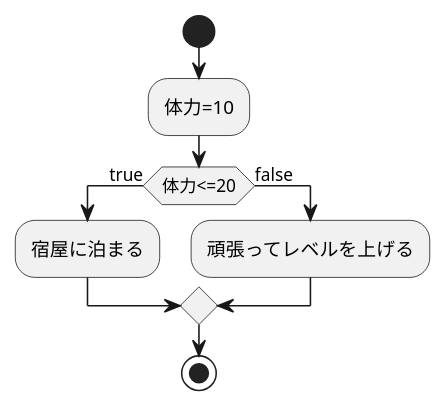
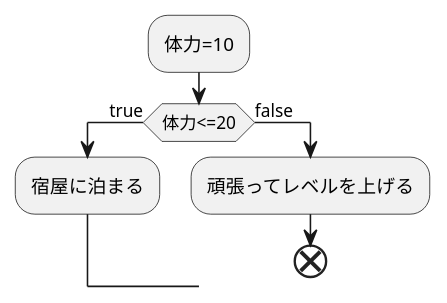
One commit to Aso2001388/2021sys-design changed the diagram in zyugyou04/kadai01.md. Above: the diagram before and after it, drawn with PlantUML.

````diff
--- a/zyugyou04/kadai01.md
+++ b/zyugyou04/kadai01.md
@@ -1,10 +1,11 @@
+```uml
 @startuml
-start
 :体力=10;
 if(体力<=20) then(true)
 :宿屋に泊まる;
 else(false)
 :頑張ってレベルを上げる;
-endif
-stop
+end
+
 @enduml
+```
````
